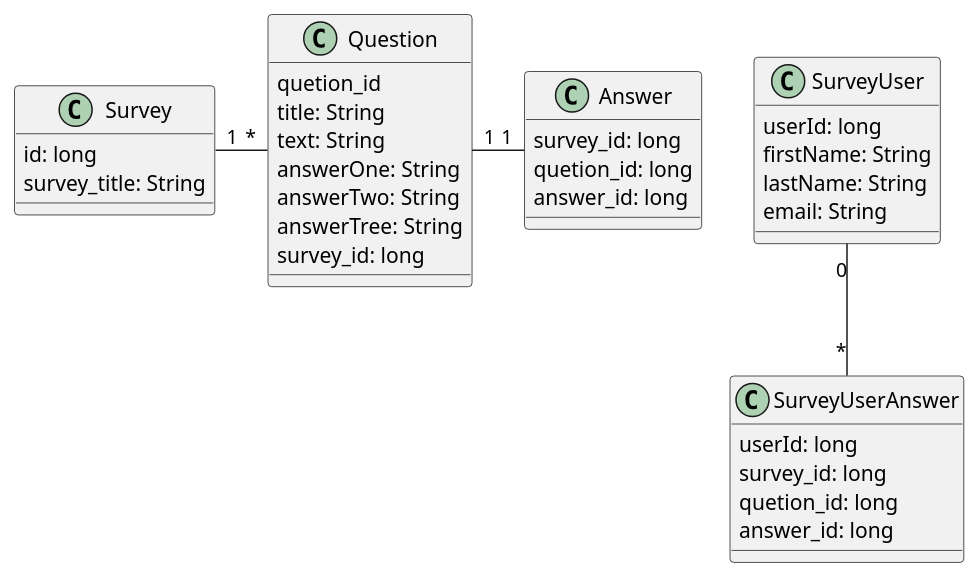
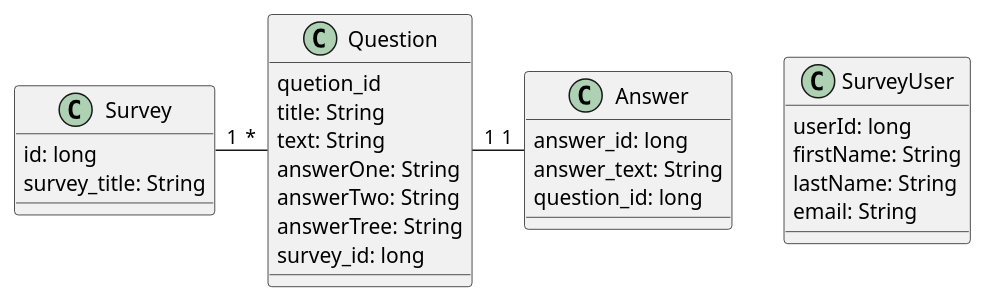
The diagram in doc/Survey.puml (kristiania-pgr203-2021/pgr203-exam-sani-bagh), drawn with PlantUML before and after one commit. The commit also changed 4 other files, not shown here.

```diff
--- a/doc/Survey.puml
+++ b/doc/Survey.puml
@@ -1,46 +1,38 @@
 @startuml
 
 
 class Survey {
     id: long
     survey_title: String
 }
 
 class Question {
     quetion_id
     title: String
     text: String
     answerOne: String
     answerTwo: String
     answerTree: String
     survey_id: long
 }
 
 Survey "1" - "*" Question
 
 class Answer {
-    survey_id: long
-    quetion_id: long
     answer_id: long
+    answer_text: String
+    question_id: long
 }
 
 Question "1" - "1" Answer
 
 
 class SurveyUser {
     userId: long
     firstName: String
     lastName: String
     email: String
 }
 
-class SurveyUserAnswer {
-    userId: long
-    survey_id: long
-    quetion_id: long
-    answer_id: long
-}
-
-SurveyUser "0" -- "*" SurveyUserAnswer
 
 @enduml
```
